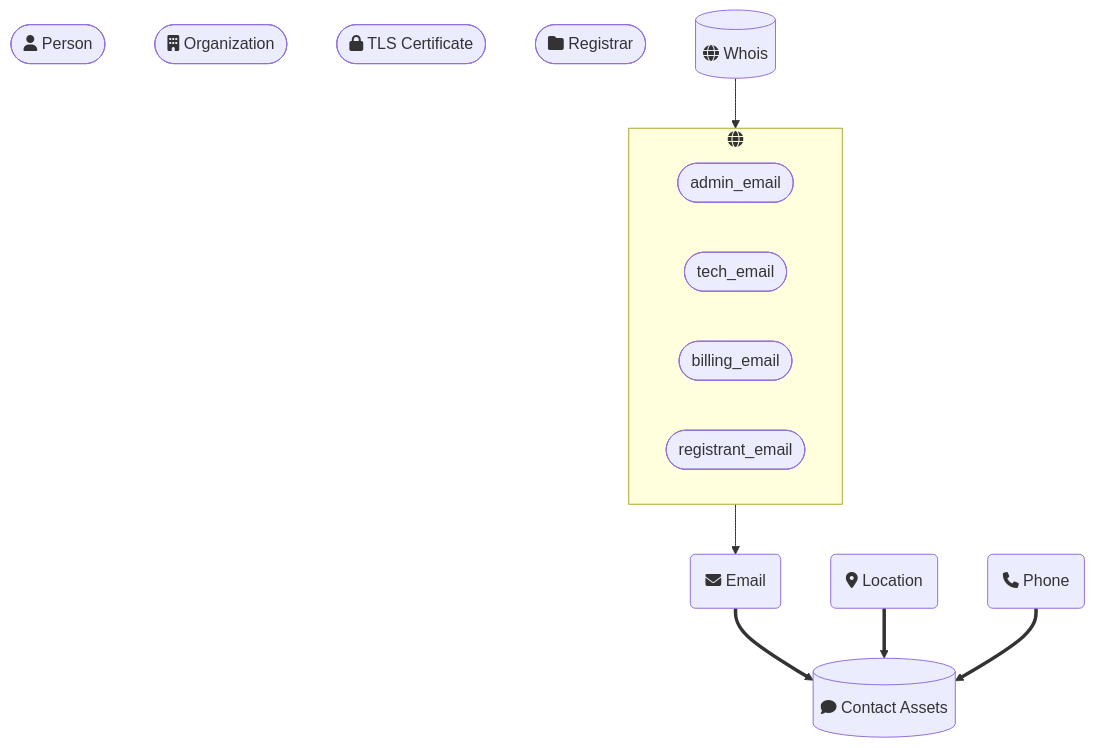
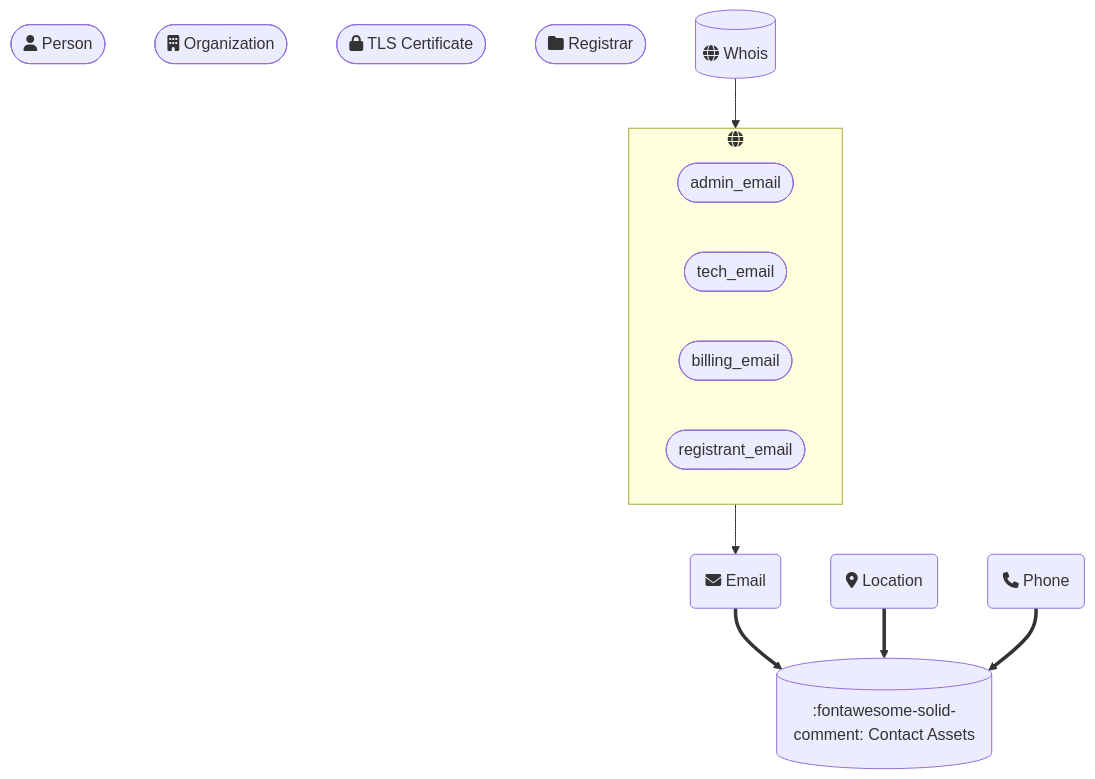
One commit to owasp-amass/docs changed the diagram in docs/open-asset-model/contact.md. Above: the diagram before and after it, drawn with Mermaid.

````diff
--- a/docs/open-asset-model/contact.md
+++ b/docs/open-asset-model/contact.md
@@ -1,30 +1,30 @@
 ``` mermaid
 flowchart TD
-Contact[("fa:fa-comment Contact Assets")]
+Contact[(":fontawesome-solid-comment: Contact Assets")]
 
 Email("fa:fa-envelope Email")
 Location("fa:fa-location-dot Location")
 Phone("fa:fa-phone Phone")
 
 Email ==> Contact
 Location ==> Contact
 Phone ==> Contact
 
 Person(["fa:fa-user Person"])
 Organization(["fa:fa-building Organization"])
 TLSCertificate(["fa:fa-lock TLS Certificate"])
 Registrar(["fa:fa-folder Registrar"])
 Whois[("fa:fa-globe Whois")]
 
 
  subgraph whoisEmail["fa:fa-globe"]
         direction RL
         adminLocation([admin_email])
         techEmail([tech_email])
         billingEmail([billing_email])
         registrantEmail([registrant_email])
     end
 
 whoisEmail --> Email
 Whois --> whoisEmail
 ```
````
